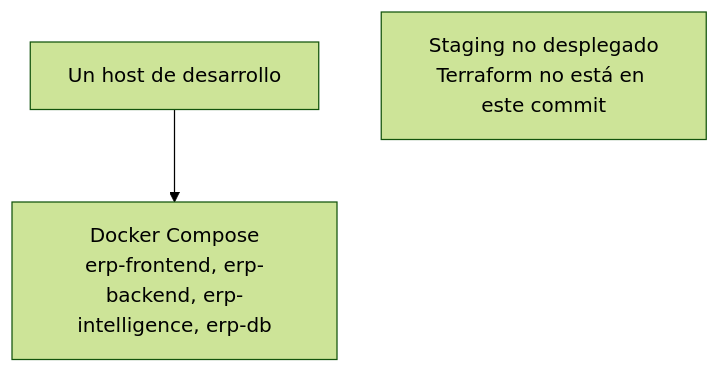
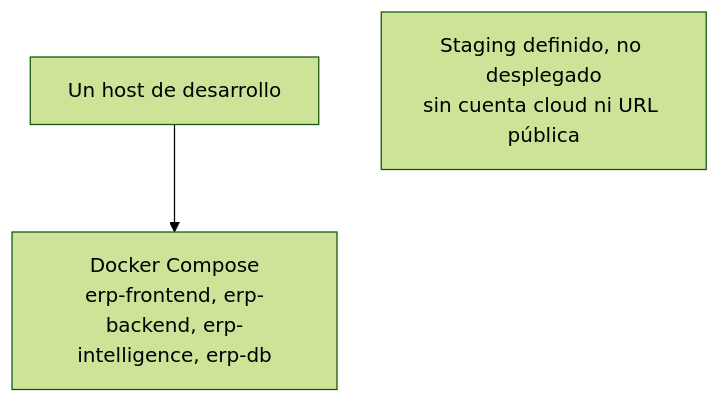
Before and after one commit to TheVillegas/StockAware: the third of 3 diagrams in docs/architecture/ep1-diagrams.md, drawn with Mermaid (forest theme). The commit also changed other lines of this file and 9 other files, not shown here.

````diff
--- a/docs/architecture/ep1-diagrams.md
+++ b/docs/architecture/ep1-diagrams.md
@@ -59,8 +59,8 @@
 ```mermaid
 flowchart TB
   host["Un host de desarrollo"]
   compose["Docker Compose<br/>erp-frontend, erp-backend, erp-intelligence, erp-db"]
-  ausente["Staging no desplegado<br/>Terraform no está en este commit"]
+  ausente["Staging definido, no desplegado<br/>sin cuenta cloud ni URL pública"]
 
   host --> compose
 ```
````
